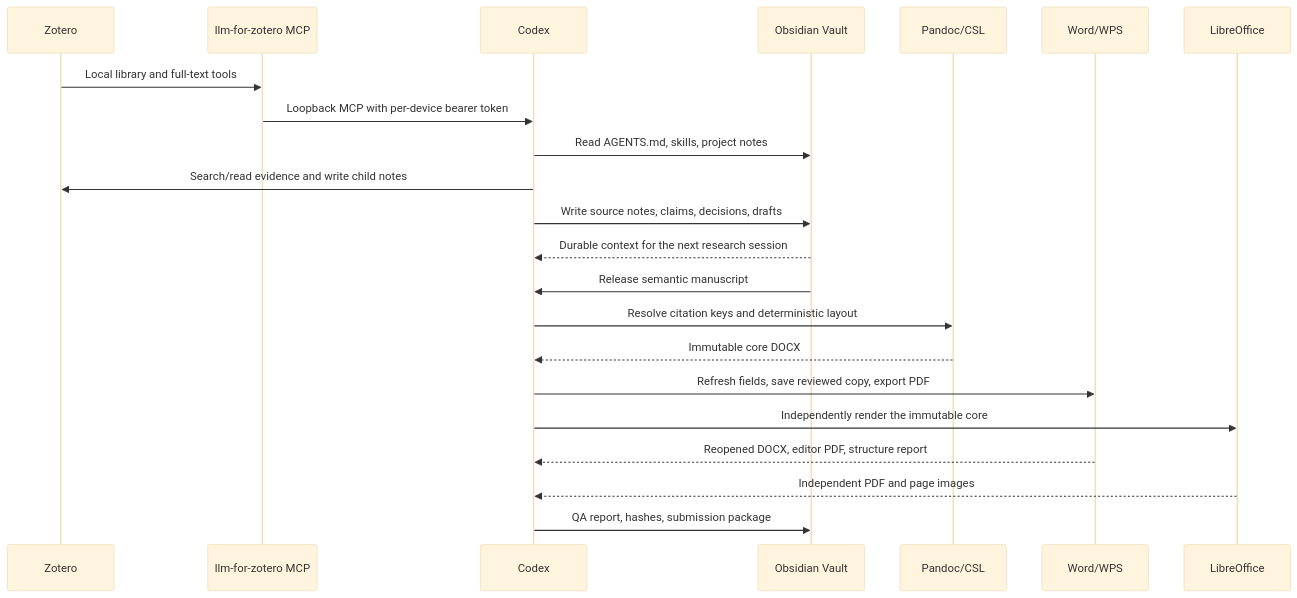
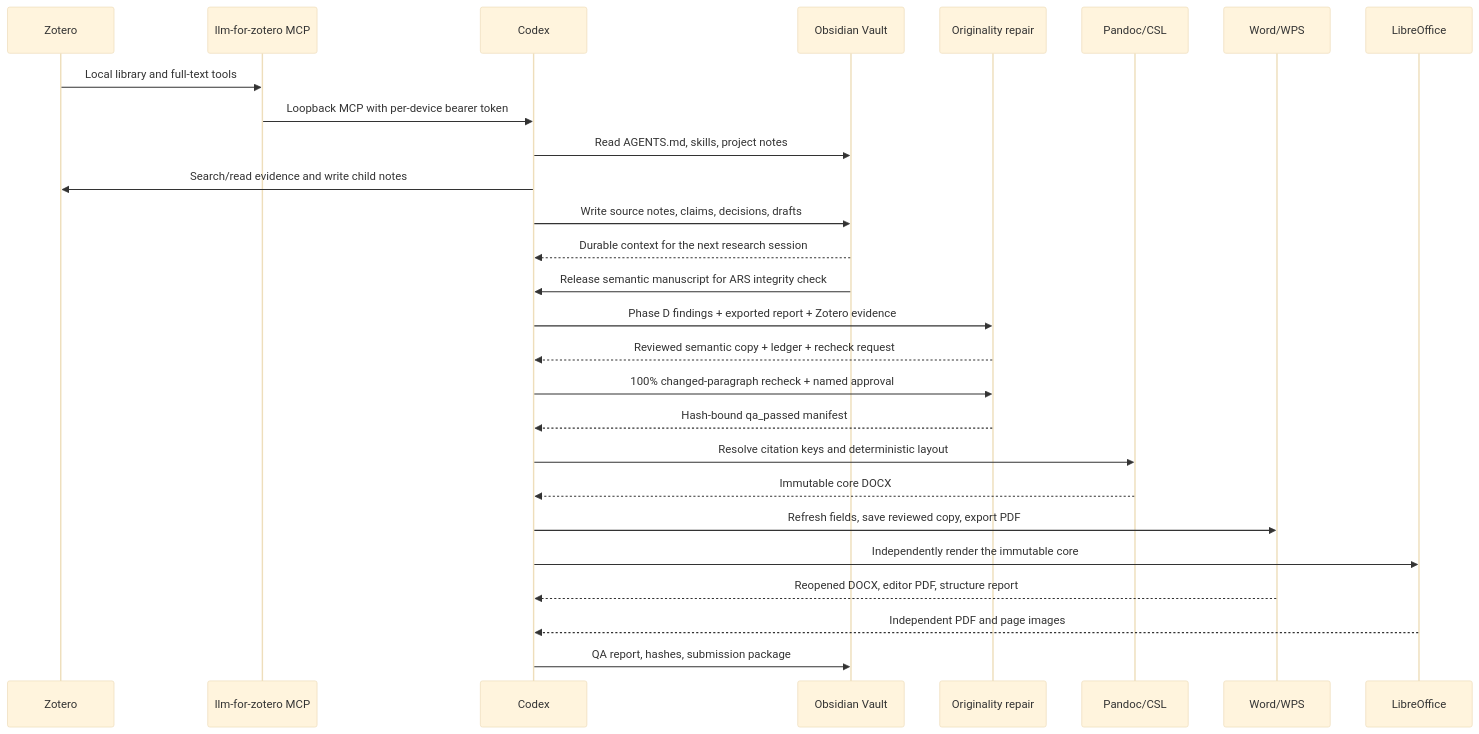
One commit to zdzZDZ123/zotero-obsidian-codex-word-wps-workflow changed the diagram in docs/architecture.md. Above: the diagram before and after it, drawn with Mermaid (base theme). The commit also changed other lines of this file and 47 other files, not shown here.

Commit message:
feat: add evidence-grounded originality revision

````diff
--- a/docs/architecture.md
+++ b/docs/architecture.md
@@ -15,24 +16,29 @@
 ```mermaid
 sequenceDiagram
   participant Z as Zotero
   participant M as llm-for-zotero MCP
   participant C as Codex
   participant O as Obsidian Vault
+  participant R as Originality repair
   participant P as Pandoc/CSL
   participant E as Word/WPS
   participant L as LibreOffice
   Z->>M: Local library and full-text tools
   M->>C: Loopback MCP with per-device bearer token
   C->>O: Read AGENTS.md, skills, project notes
   C->>Z: Search/read evidence and write child notes
   C->>O: Write source notes, claims, decisions, drafts
   O-->>C: Durable context for the next research session
-  O->>C: Release semantic manuscript
+  O->>C: Release semantic manuscript for ARS integrity check
+  C->>R: Phase D findings + exported report + Zotero evidence
+  R-->>C: Reviewed semantic copy + ledger + recheck request
+  C->>R: 100% changed-paragraph recheck + named approval
+  R-->>C: Hash-bound qa_passed manifest
   C->>P: Resolve citation keys and deterministic layout
   P-->>C: Immutable core DOCX
   C->>E: Refresh fields, save reviewed copy, export PDF
   C->>L: Independently render the immutable core
   E-->>C: Reopened DOCX, editor PDF, structure report
   L-->>C: Independent PDF and page images
   C->>O: QA report, hashes, submission package
 ```
````
